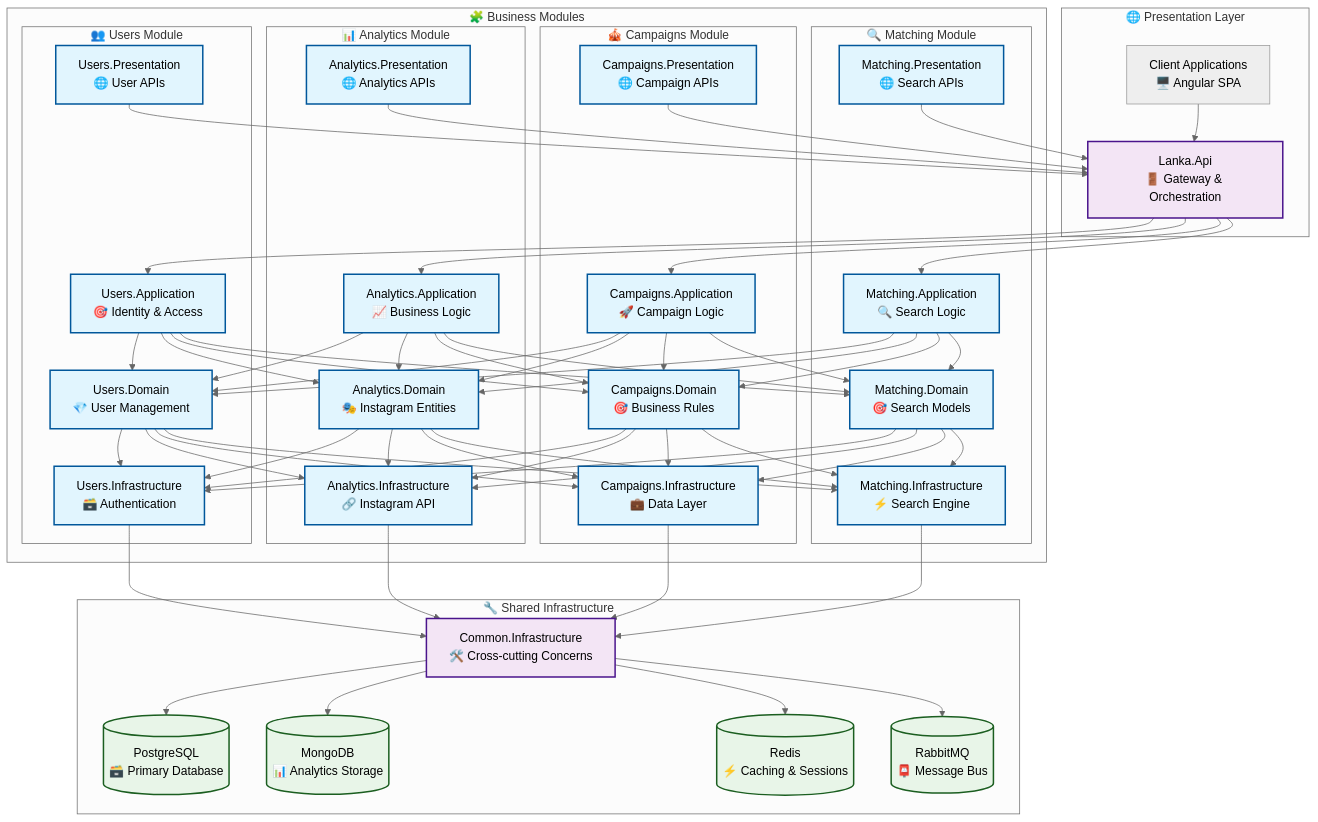
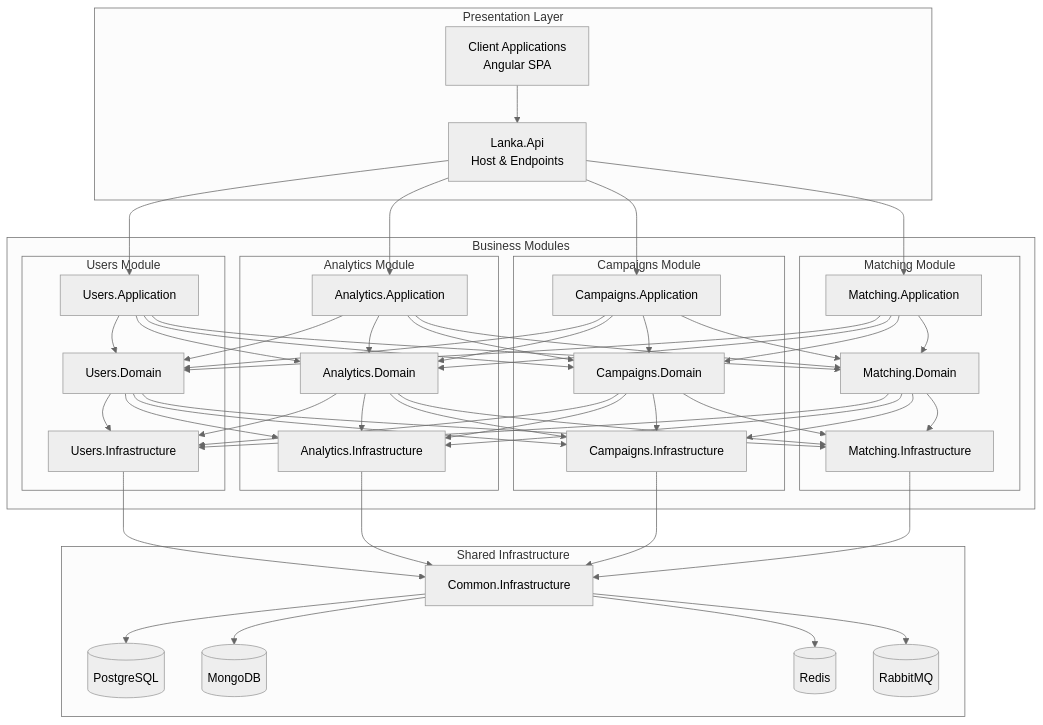
The diagram in docs/modules/README.md (IIIA-KO/Lanka), drawn with Mermaid (neutral theme) before and after one commit. The commit also changed other lines of this file and 19 other files, not shown here.

````diff
--- a/docs/modules/README.md
+++ b/docs/modules/README.md
@@ -21,61 +24,48 @@
 ```mermaid
 graph TB
-    subgraph "🌐 Presentation Layer"
-        API[Lanka.Api<br/>🚪 Gateway & Orchestration]
-        WEB[Client Applications<br/>🖥️ Angular SPA]
+    subgraph "Presentation Layer"
+        API[Lanka.Api<br/>Host & Endpoints]
+        WEB[Client Applications<br/>Angular SPA]
     end
-    
-    subgraph "🧩 Business Modules"
-        subgraph "👥 Users Module"
-            UA[Users.Application<br/>🎯 Identity & Access]
-            UD[Users.Domain<br/>💎 User Management]
-            UI[Users.Infrastructure<br/>🗃️ Authentication]
-            UP[Users.Presentation<br/>🌐 User APIs]
+
+    subgraph "Business Modules"
+        subgraph "Users Module"
+            UA[Users.Application]
+            UD[Users.Domain]
+            UI[Users.Infrastructure]
         end
-        
-        subgraph "📊 Analytics Module"
-            AA[Analytics.Application<br/>📈 Business Logic]
-            AD[Analytics.Domain<br/>🎭 Instagram Entities]
-            AI[Analytics.Infrastructure<br/>🔗 Instagram API]
-            AP[Analytics.Presentation<br/>🌐 Analytics APIs]
+
+        subgraph "Analytics Module"
+            AA[Analytics.Application]
+            AD[Analytics.Domain]
+            AI[Analytics.Infrastructure]
         end
-        
-        subgraph "🎪 Campaigns Module"
-            CA[Campaigns.Application<br/>🚀 Campaign Logic]
-            CD[Campaigns.Domain<br/>🎯 Business Rules]
-            CI[Campaigns.Infrastructure<br/>💼 Data Layer]
-            CP[Campaigns.Presentation<br/>🌐 Campaign APIs]
+
+        subgraph "Campaigns Module"
+            CA[Campaigns.Application]
+            CD[Campaigns.Domain]
+            CI[Campaigns.Infrastructure]
         end
-        
-        subgraph "🔍 Matching Module"
-            MA[Matching.Application<br/>🔍 Search Logic]
-            MD[Matching.Domain<br/>🎯 Search Models]
-            MI[Matching.Infrastructure<br/>⚡ Search Engine]
-            MP[Matching.Presentation<br/>🌐 Search APIs]
+
+        subgraph "Matching Module"
+            MA[Matching.Application]
+            MD[Matching.Domain]
+            MI[Matching.Infrastructure]
         end
     end
-    
-    subgraph "🔧 Shared Infrastructure"
-        COMMON[Common.Infrastructure<br/>🛠️ Cross-cutting Concerns]
-        DB[(PostgreSQL<br/>🗃️ Primary Database)]
-        MONGO[(MongoDB<br/>📊 Analytics Storage)]
-        REDIS[(Redis<br/>⚡ Caching & Sessions)]
-        RABBIT[(RabbitMQ<br/>📮 Message Bus)]
+
+    subgraph "Shared Infrastructure"
+        COMMON[Common.Infrastructure]
+        DB[(PostgreSQL)]
+        MONGO[(MongoDB)]
+        REDIS[(Redis)]
+        RABBIT[(RabbitMQ)]
     end
-    
+
     API --> UA & AA & CA & MA
     WEB --> API
     UA & AA & CA & MA --> UD & AD & CD & MD
     UD & AD & CD & MD --> UI & AI & CI & MI
     UI & AI & CI & MI --> COMMON
-    UP & AP & CP & MP --> API
     COMMON --> DB & MONGO & REDIS & RABBIT
-    
-    classDef moduleStyle fill:#e1f5fe,stroke:#01579b,stroke-width:2px
-    classDef infraStyle fill:#f3e5f5,stroke:#4a148c,stroke-width:2px
-    classDef dataStyle fill:#e8f5e8,stroke:#1b5e20,stroke-width:2px
-    
-    class UA,UD,UI,UP,AA,AD,AI,AP,CA,CD,CI,CP,MA,MD,MI,MP moduleStyle
-    class API,COMMON infraStyle
-    class DB,MONGO,REDIS,RABBIT dataStyle
 ```
````
